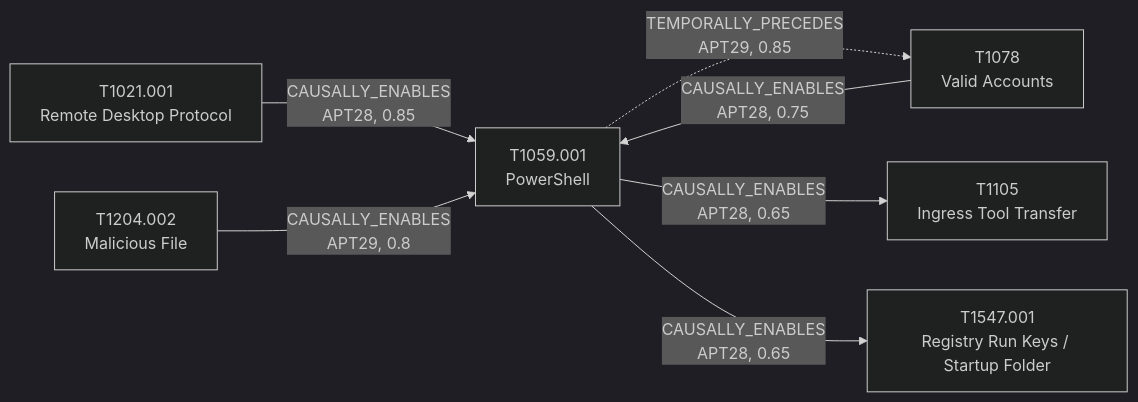
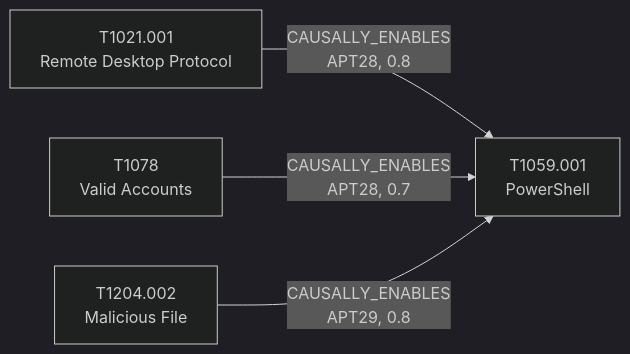
The diagram in docs/attack-patterns/T1059.001-powershell.md (HungryBrain-bot/attackKnowledgeGraph), drawn with Mermaid (dark theme) before and after one commit. The commit also changed other lines of this file and 22 other files, not shown here.

````diff
--- a/docs/attack-patterns/T1059.001-powershell.md
+++ b/docs/attack-patterns/T1059.001-powershell.md
@@ -85,15 +93,10 @@
 ```mermaid
 flowchart LR
     T_T1059_001["T1059.001<br/>PowerShell"]
     T_T1021_001["T1021.001<br/>Remote Desktop Protocol"]
     T_T1078["T1078<br/>Valid Accounts"]
-    T_T1105["T1105<br/>Ingress Tool Transfer"]
     T_T1204_002["T1204.002<br/>Malicious File"]
-    T_T1547_001["T1547.001<br/>Registry Run Keys / Startup Folder"]
-    T_T1021_001 -->|"CAUSALLY_ENABLES<br/>APT28, 0.85"| T_T1059_001
-    T_T1059_001 -.->|"TEMPORALLY_PRECEDES<br/>APT29, 0.85"| T_T1078
-    T_T1059_001 -->|"CAUSALLY_ENABLES<br/>APT28, 0.65"| T_T1105
-    T_T1059_001 -->|"CAUSALLY_ENABLES<br/>APT28, 0.65"| T_T1547_001
-    T_T1078 -->|"CAUSALLY_ENABLES<br/>APT28, 0.75"| T_T1059_001
+    T_T1021_001 -->|"CAUSALLY_ENABLES<br/>APT28, 0.8"| T_T1059_001
+    T_T1078 -->|"CAUSALLY_ENABLES<br/>APT28, 0.7"| T_T1059_001
     T_T1204_002 -->|"CAUSALLY_ENABLES<br/>APT29, 0.8"| T_T1059_001
 ```
````
